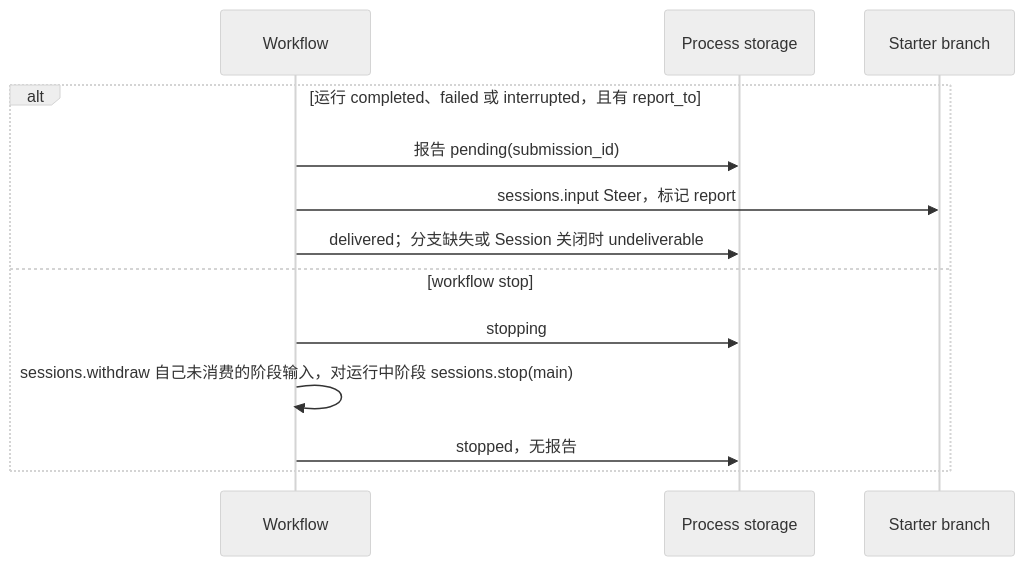
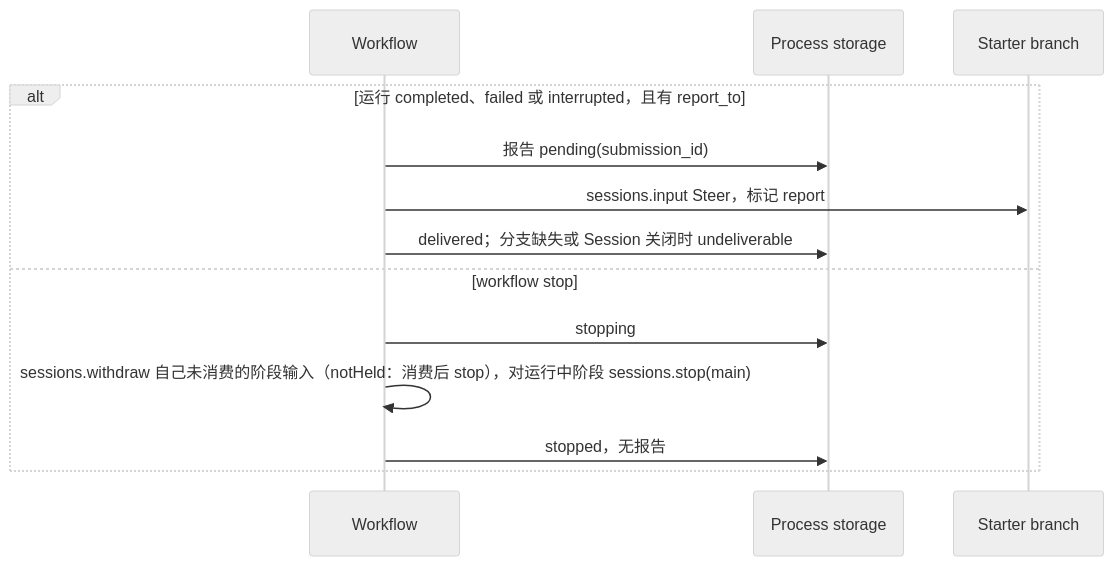
Before and after one commit to CoutinhoTTS/dim-agent: the fourth of 6 diagrams in docs/zh/design/plugins/Workflow.md, drawn with Mermaid (neutral theme). The commit also changed other lines of this file and 18 other files, not shown here.

````diff
--- a/docs/zh/design/plugins/Workflow.md
+++ b/docs/zh/design/plugins/Workflow.md
@@ -121,15 +121,15 @@
 ```mermaid
 sequenceDiagram
   participant WF as Workflow
   participant ST as Process storage
   participant STB as Starter branch
   alt 运行 completed、failed 或 interrupted，且有 report_to
     WF->>ST: 报告 pending(submission_id)
     WF->>STB: sessions.input Steer，标记 report
     WF->>ST: delivered；分支缺失或 Session 关闭时 undeliverable
   else workflow stop
     WF->>ST: stopping
-    WF->>WF: sessions.withdraw 自己未消费的阶段输入，对运行中阶段 sessions.stop(main)
+    WF->>WF: sessions.withdraw 自己未消费的阶段输入（notHeld：消费后 stop），对运行中阶段 sessions.stop(main)
     WF->>ST: stopped，无报告
   end
 ```
````
